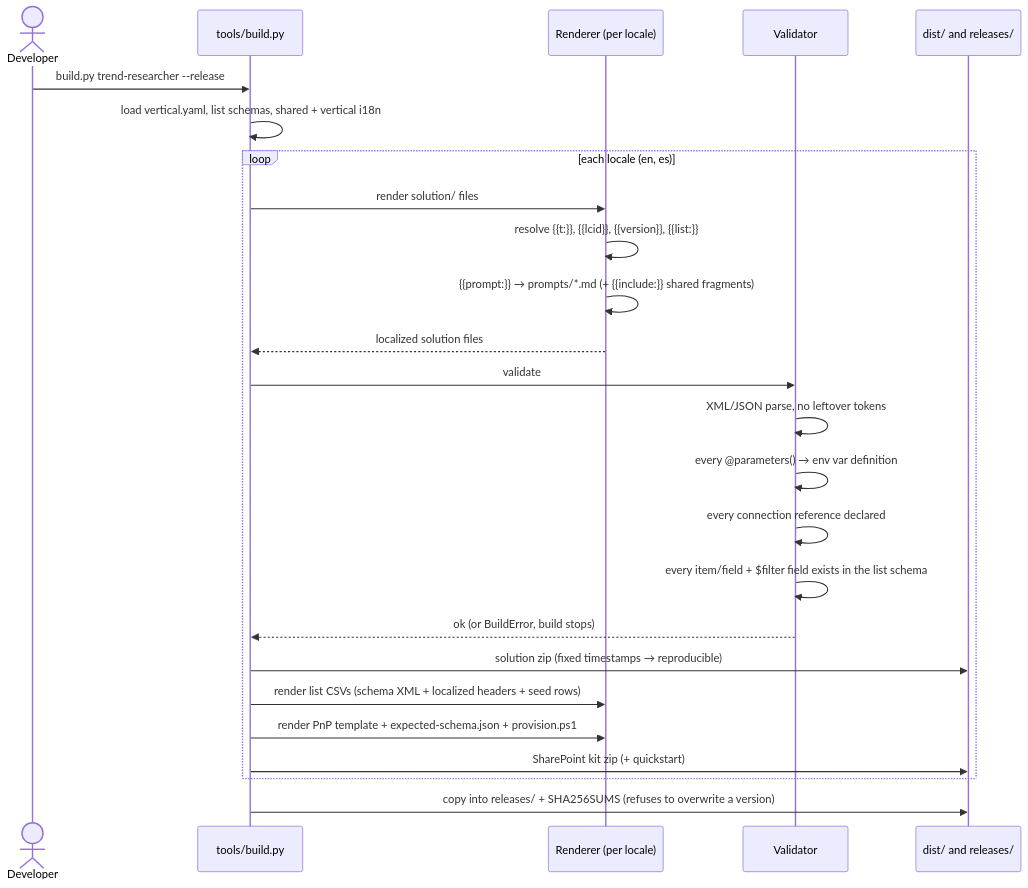
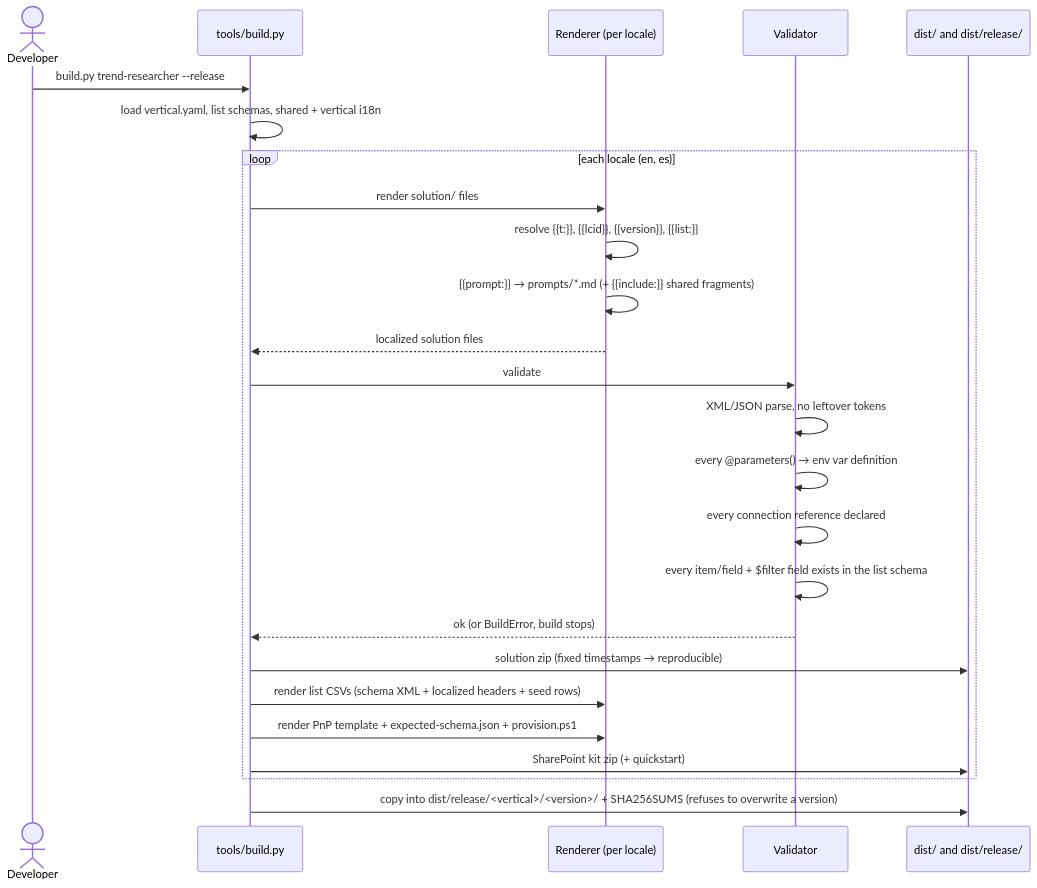
Before and after one commit to AIMagicFlow/copilot-workflows: the second of 2 diagrams in docs/architecture.md, drawn with Mermaid. The commit also changed other lines of this file and 29 other files, not shown here.

First line of the commit message:
release: publish Trend Researcher zips as GitHub Releases, not committed files

````diff
--- a/docs/architecture.md
+++ b/docs/architecture.md
@@ -49,27 +50,27 @@
 ```mermaid
 sequenceDiagram
     actor Dev as Developer
     participant B as tools/build.py
     participant R as Renderer (per locale)
     participant V as Validator
-    participant Z as dist/ and releases/
+    participant Z as dist/ and dist/release/
     Dev->>B: build.py trend-researcher --release
     B->>B: load vertical.yaml, list schemas, shared + vertical i18n
     loop each locale (en, es)
         B->>R: render solution/ files
         R->>R: resolve {{t:}}, {{lcid}}, {{version}}, {{list:}}
         R->>R: {{prompt:}} → prompts/*.md (+ {{include:}} shared fragments)
         R-->>B: localized solution files
         B->>V: validate
         V->>V: XML/JSON parse, no leftover tokens
         V->>V: every @parameters() → env var definition
         V->>V: every connection reference declared
         V->>V: every item/field + $filter field exists in the list schema
         V-->>B: ok (or BuildError, build stops)
         B->>Z: solution zip (fixed timestamps → reproducible)
         B->>R: render list CSVs (schema XML + localized headers + seed rows)
         B->>R: render PnP template + expected-schema.json + provision.ps1
         B->>Z: SharePoint kit zip (+ quickstart)
     end
-    B->>Z: copy into releases/ + SHA256SUMS (refuses to overwrite a version)
+    B->>Z: copy into dist/release/<vertical>/<version>/ + SHA256SUMS (refuses to overwrite a version)
 ```
````
